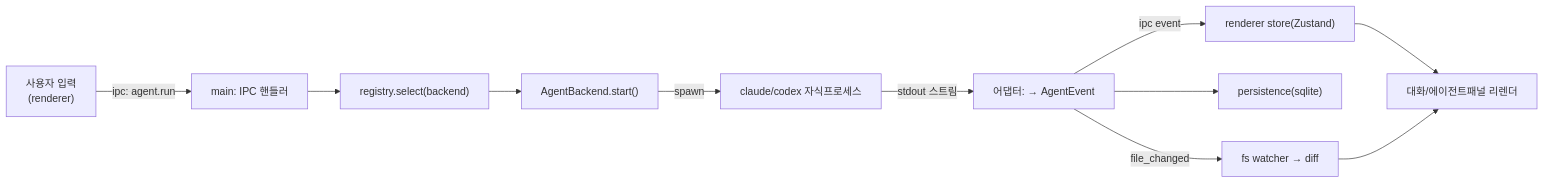
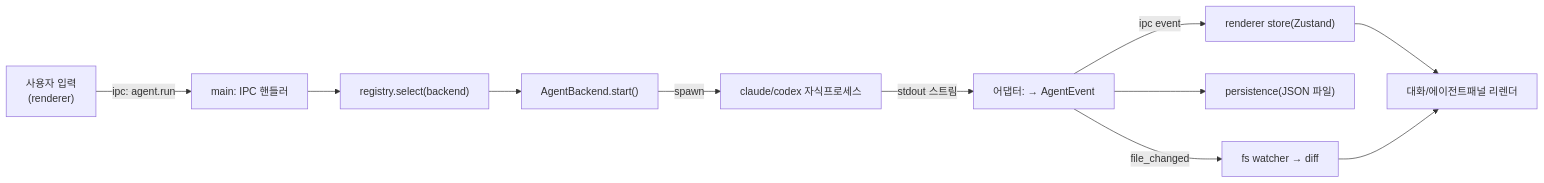
One commit to bass131/AgentDeck changed the diagram in docs/ARCHITECTURE.md. Above: the diagram before and after it, drawn with Mermaid. The commit also changed other lines of this file and 12 other files, not shown here.

````diff
--- a/docs/ARCHITECTURE.md
+++ b/docs/ARCHITECTURE.md
@@ -110,13 +110,13 @@
 ```mermaid
 flowchart LR
     U["사용자 입력<br/>(renderer)"] -->|ipc: agent.run| M["main: IPC 핸들러"]
     M --> R["registry.select(backend)"]
     R --> B["AgentBackend.start()"]
     B -->|spawn| CLI["claude/codex 자식프로세스"]
     CLI -->|stdout 스트림| A["어댑터: → AgentEvent"]
     A -->|ipc event| S["renderer store(Zustand)"]
-    A --> P["persistence(sqlite)"]
+    A --> P["persistence(JSON 파일)"]
     A -->|file_changed| F["fs watcher → diff"]
     S --> UI["대화/에이전트패널 리렌더"]
     F --> UI
 ```
````
